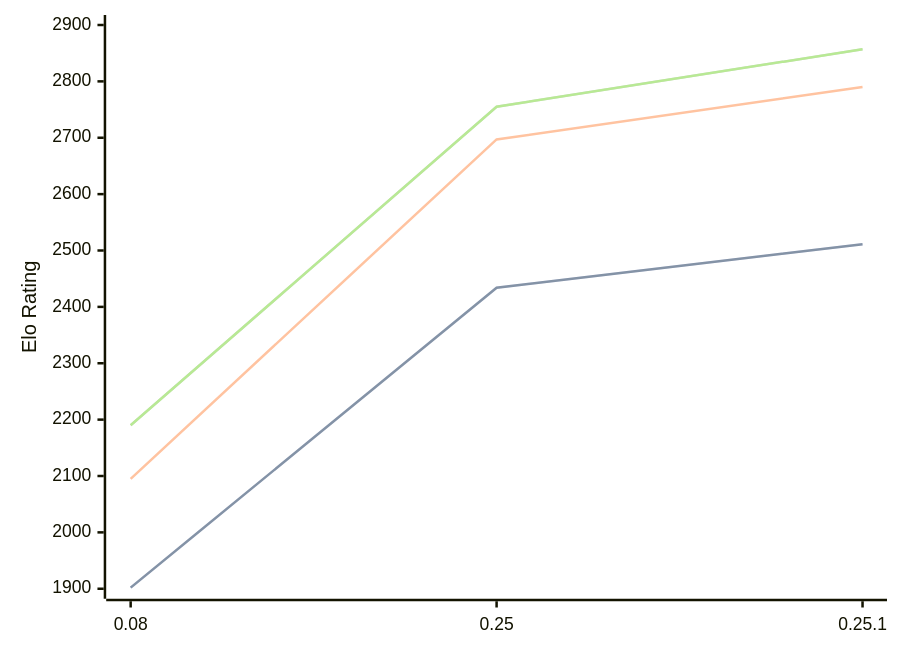
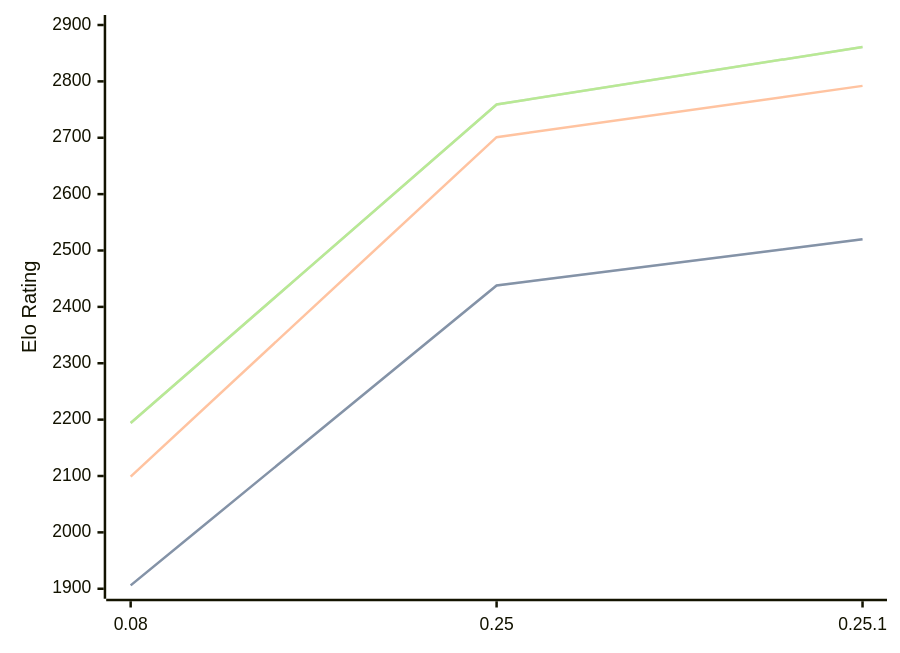
Before and after one commit to computer-chess-index/cci: the diagram in engines/Gecko.md, drawn with Mermaid. The commit also changed other lines of this file, not shown here.

Commit message:
Update CCI Ratings (ELO VLTC) - 2026-04-18

````diff
--- a/engines/Gecko.md
+++ b/engines/Gecko.md
@@ -33,11 +33,11 @@
 ```mermaid
 %%{init: {"theme":"base","themeVariables":{"seriesColors:['#a3a3a3','#222221','#faa371']}}}%%
 xychart-beta
   x-axis ["0.08", "0.25", "0.25.1"]
   y-axis "Elo Rating" 1900 --> 2900
-  line "STC (8.0+0.08s)" [1902, 2434, 2511]
-  line "STC (8.0+0.08s)" [1902, 2434, 2511]
-  line "LTC (60.0+0.60s)" [2095, 2697, 2790]
-  line "VLTC (2m24s+1.12s)" [2190, 2755, 2857]
-  line "VLTC (2m24s+1.12s)" [2190, 2755, 2857]
+  line "STC (8.0+0.08s)" [1906, 2438, 2520]
+  line "STC (8.0+0.08s)" [1906, 2438, 2520]
+  line "LTC (60.0+0.60s)" [2099, 2701, 2792]
+  line "VLTC (2m24s+1.12s)" [2194, 2759, 2861]
+  line "VLTC (2m24s+1.12s)" [2194, 2759, 2861]
 ```
````
